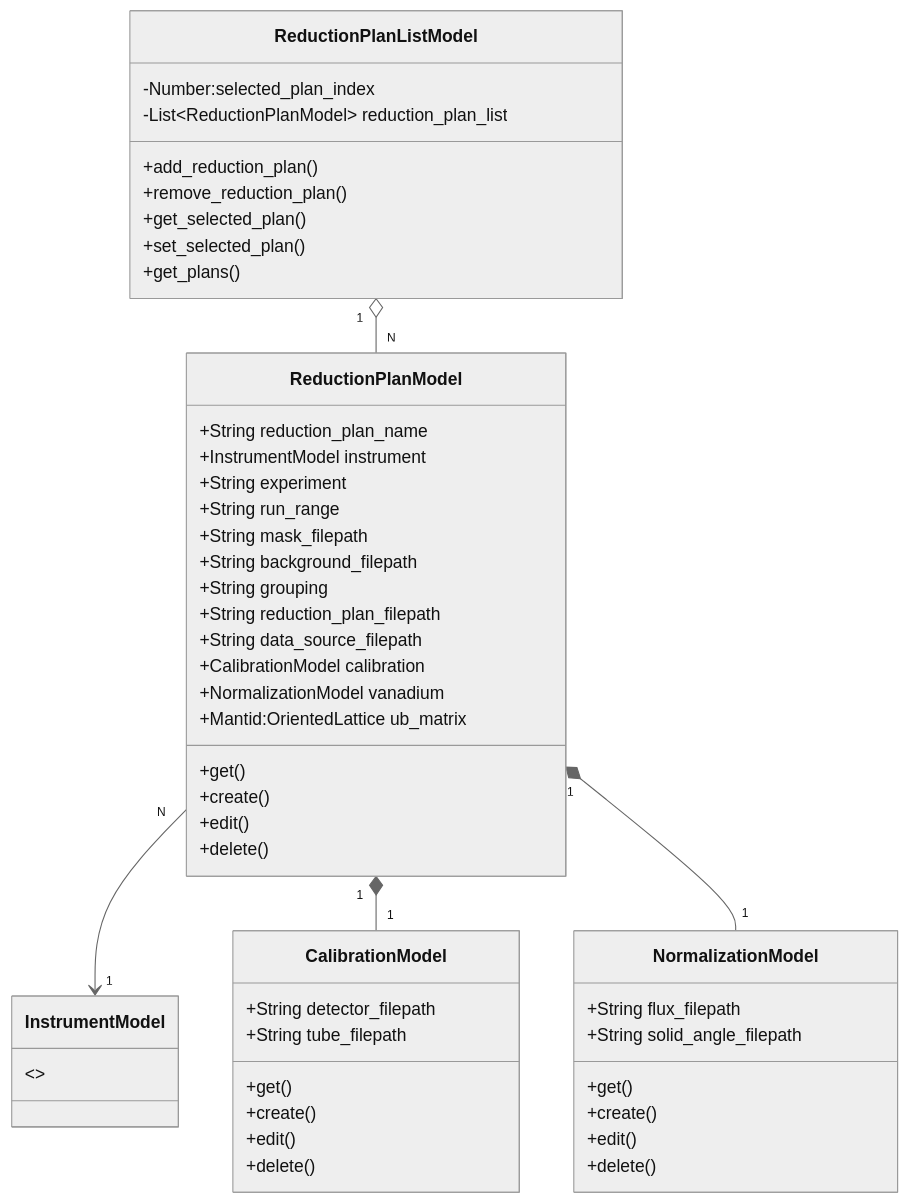
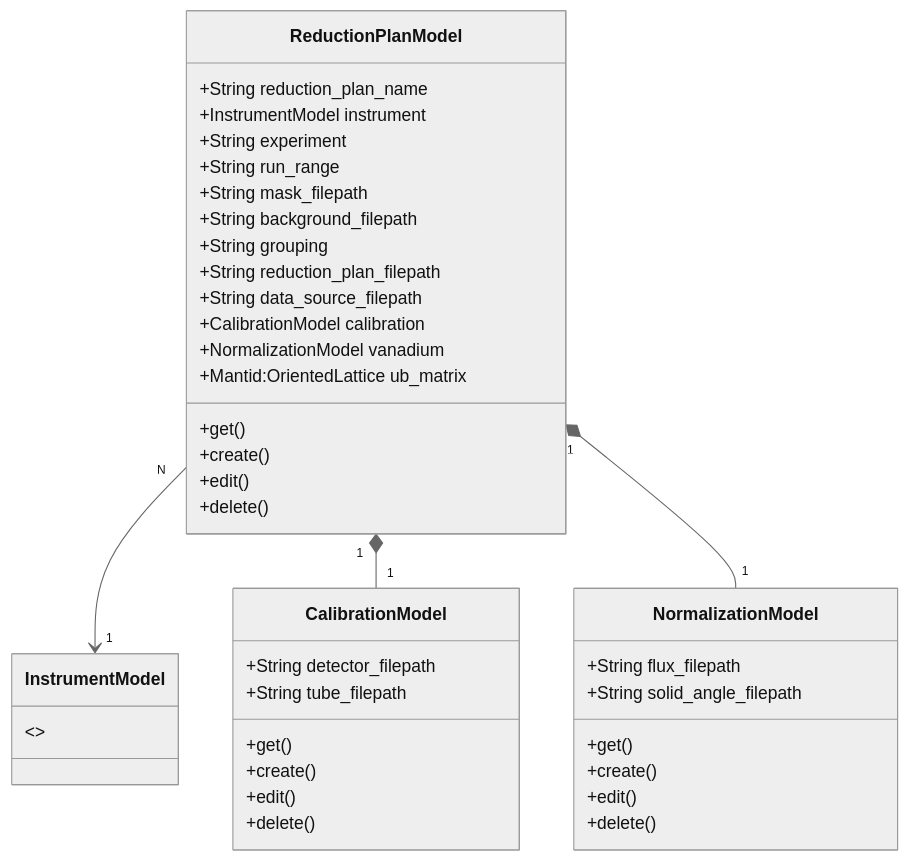
Before and after one commit to neutrons/garnet: the diagram in docs/source/design/reduction_plan.rst, drawn with Mermaid (neutral theme). The commit also changed 2 other files, not shown here.

Commit message:
reduction plan activities, high model added, presenter in progress

```diff
--- a/docs/source/design/reduction_plan.rst
+++ b/docs/source/design/reduction_plan.rst
@@ -11,60 +11,49 @@
 .. mermaid::
 
  classDiagram
-    ReductionPlanListModel "1" o--"N" ReductionPlanModel
     ReductionPlanModel "N" -->"1" InstrumentModel
     ReductionPlanModel "1" *--"1" CalibrationModel
     ReductionPlanModel "1" *--"1" NormalizationModel
-
-    class ReductionPlanListModel{
-        -Number:selected_plan_index
-        -List~ReductionPlanModel~ reduction_plan_list
-        +add_reduction_plan()
-        +remove_reduction_plan()
-        +get_selected_plan()
-        +set_selected_plan()
-        +get_plans()
-    }
 
     class ReductionPlanModel{
         +String reduction_plan_name
         +InstrumentModel instrument
         +String experiment
         +String run_range
         +String mask_filepath
         +String background_filepath
         +String grouping
         +String reduction_plan_filepath
         +String data_source_filepath
         +CalibrationModel calibration
         +NormalizationModel vanadium
         +Mantid:OrientedLattice ub_matrix
         +get()
         +create()
         +edit()
         +delete()
 
     }
 
     class InstrumentModel{
         <>
     }
 
 
     class CalibrationModel{
         +String detector_filepath
         +String tube_filepath
         +get()
         +create()
         +edit()
         +delete()
     }
 
     class NormalizationModel{
         +String flux_filepath
         +String solid_angle_filepath
         +get()
         +create()
         +edit()
         +delete()
     }
```
